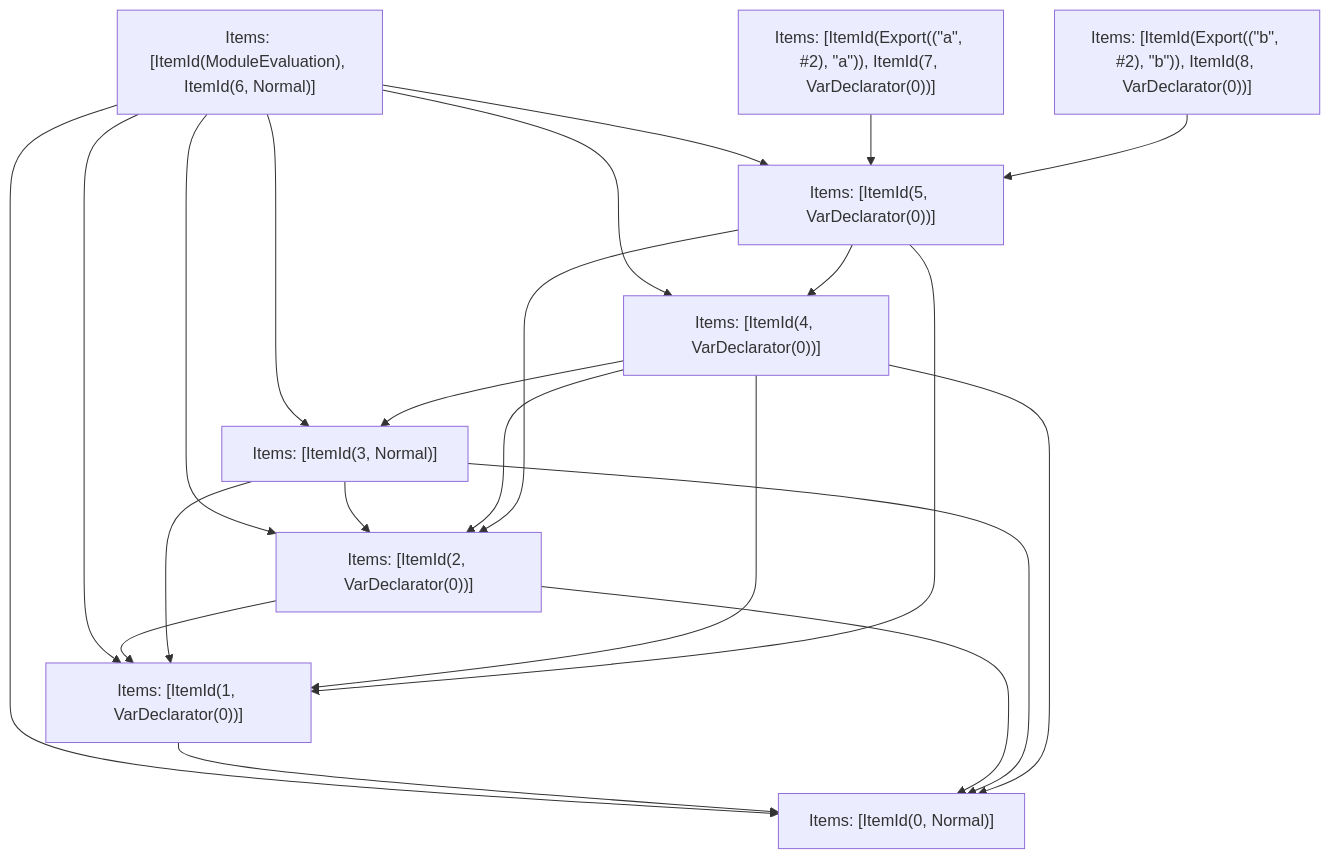
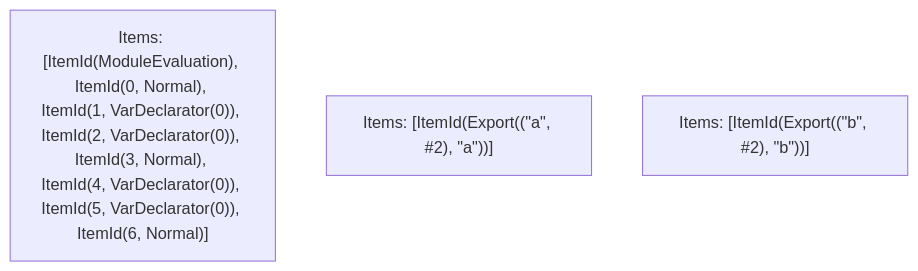
One commit to vercel/turborepo changed the fifth of 5 diagrams in crates/turbopack-ecmascript/tests/tree-shaker/analyzer/shared-and-side-effects/output.md. Above: the diagram before and after it, drawn with Mermaid. The commit also changed other lines of this file and 20 other files, not shown here.

````diff
--- a/crates/turbopack-ecmascript/tests/tree-shaker/analyzer/shared-and-side-effects/output.md
+++ b/crates/turbopack-ecmascript/tests/tree-shaker/analyzer/shared-and-side-effects/output.md
@@ -275,33 +273,6 @@
 ```mermaid
 graph TD
-    N0["Items: [ItemId(ModuleEvaluation), ItemId(6, Normal)]"];
-    N1["Items: [ItemId(Export((&quot;a&quot;, #2), &quot;a&quot;)), ItemId(7, VarDeclarator(0))]"];
-    N2["Items: [ItemId(Export((&quot;b&quot;, #2), &quot;b&quot;)), ItemId(8, VarDeclarator(0))]"];
-    N3["Items: [ItemId(0, Normal)]"];
-    N4["Items: [ItemId(1, VarDeclarator(0))]"];
-    N5["Items: [ItemId(2, VarDeclarator(0))]"];
-    N6["Items: [ItemId(3, Normal)]"];
-    N7["Items: [ItemId(4, VarDeclarator(0))]"];
-    N8["Items: [ItemId(5, VarDeclarator(0))]"];
-    N0 --> N3;
-    N0 --> N4;
-    N0 --> N5;
-    N0 --> N6;
-    N0 --> N7;
-    N0 --> N8;
-    N1 --> N8;
-    N2 --> N8;
-    N4 --> N3;
-    N5 --> N3;
-    N5 --> N4;
-    N6 --> N3;
-    N6 --> N4;
-    N6 --> N5;
-    N7 --> N3;
-    N7 --> N4;
-    N7 --> N5;
-    N7 --> N6;
-    N8 --> N4;
-    N8 --> N5;
-    N8 --> N7;
+    N0["Items: [ItemId(ModuleEvaluation), ItemId(0, Normal), ItemId(1, VarDeclarator(0)), ItemId(2, VarDeclarator(0)), ItemId(3, Normal), ItemId(4, VarDeclarator(0)), ItemId(5, VarDeclarator(0)), ItemId(6, Normal)]"];
+    N1["Items: [ItemId(Export((&quot;a&quot;, #2), &quot;a&quot;))]"];
+    N2["Items: [ItemId(Export((&quot;b&quot;, #2), &quot;b&quot;))]"];
 ```
````
